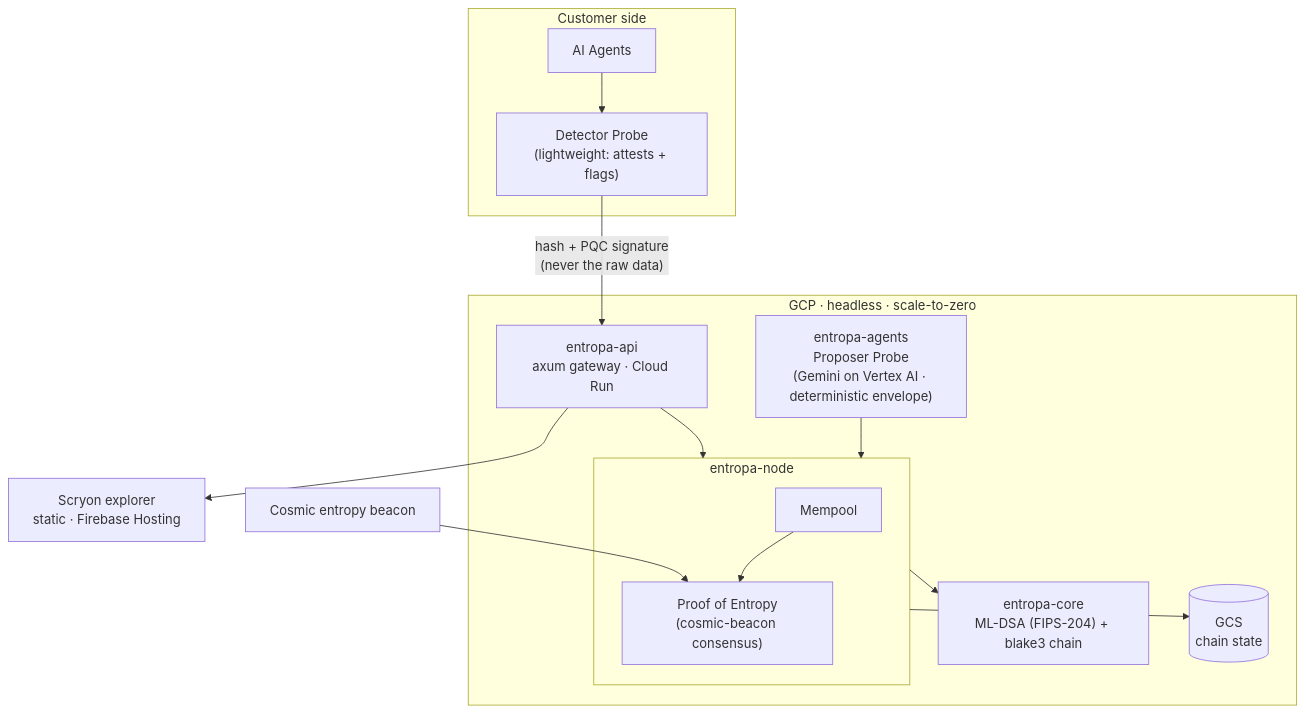
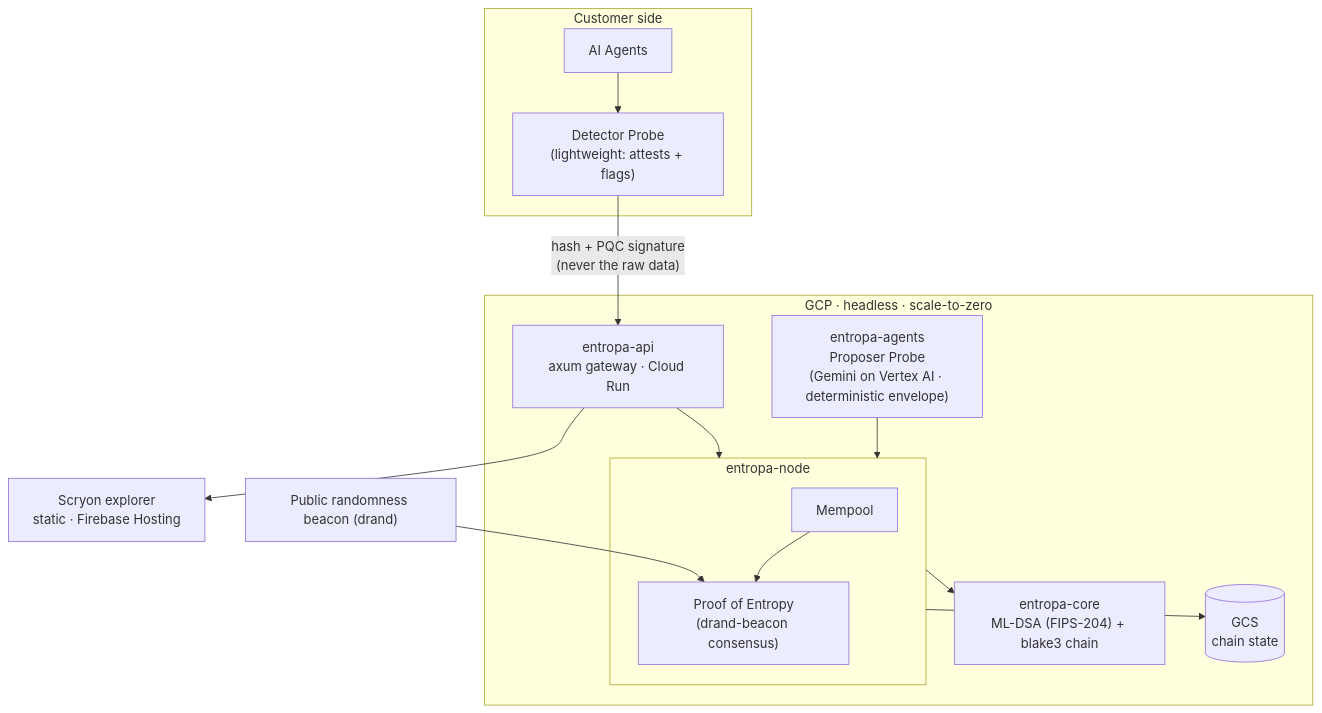
Before and after one commit to aimozart/entropa-public: the first of 2 diagrams in ARCHITECTURE.md, drawn with Mermaid. The commit also changed other lines of this file and 10 other files, not shown here.

````diff
--- a/ARCHITECTURE.md
+++ b/ARCHITECTURE.md
@@ -8,26 +8,26 @@
 ```mermaid
 flowchart TB
   subgraph Customer["Customer side"]
     Agents["AI Agents"] --> Detector["Detector Probe<br/>(lightweight: attests + flags)"]
   end
 
   Detector -->|"hash + PQC signature<br/>(never the raw data)"| API
 
   subgraph GCP["GCP · headless · scale-to-zero"]
     API["entropa-api<br/>axum gateway · Cloud Run"]
     subgraph NODE["entropa-node"]
-      Mempool["Mempool"] --> PoE["Proof of Entropy<br/>(cosmic-beacon consensus)"]
+      Mempool["Mempool"] --> PoE["Proof of Entropy<br/>(drand-beacon consensus)"]
     end
     PROBES["entropa-agents<br/>Proposer Probe<br/>(Gemini on Vertex AI · deterministic envelope)"]
     CORE["entropa-core<br/>ML-DSA (FIPS-204) + blake3 chain"]
     STORE[("GCS<br/>chain state")]
 
     API --> NODE
     PROBES --> NODE
     NODE --> CORE
     NODE --> STORE
   end
 
-  Beacon["Cosmic entropy beacon"] --> PoE
+  Beacon["Public randomness beacon (drand)"] --> PoE
   API --> Scryon["Scryon explorer<br/>static · Firebase Hosting"]
 ```
````
